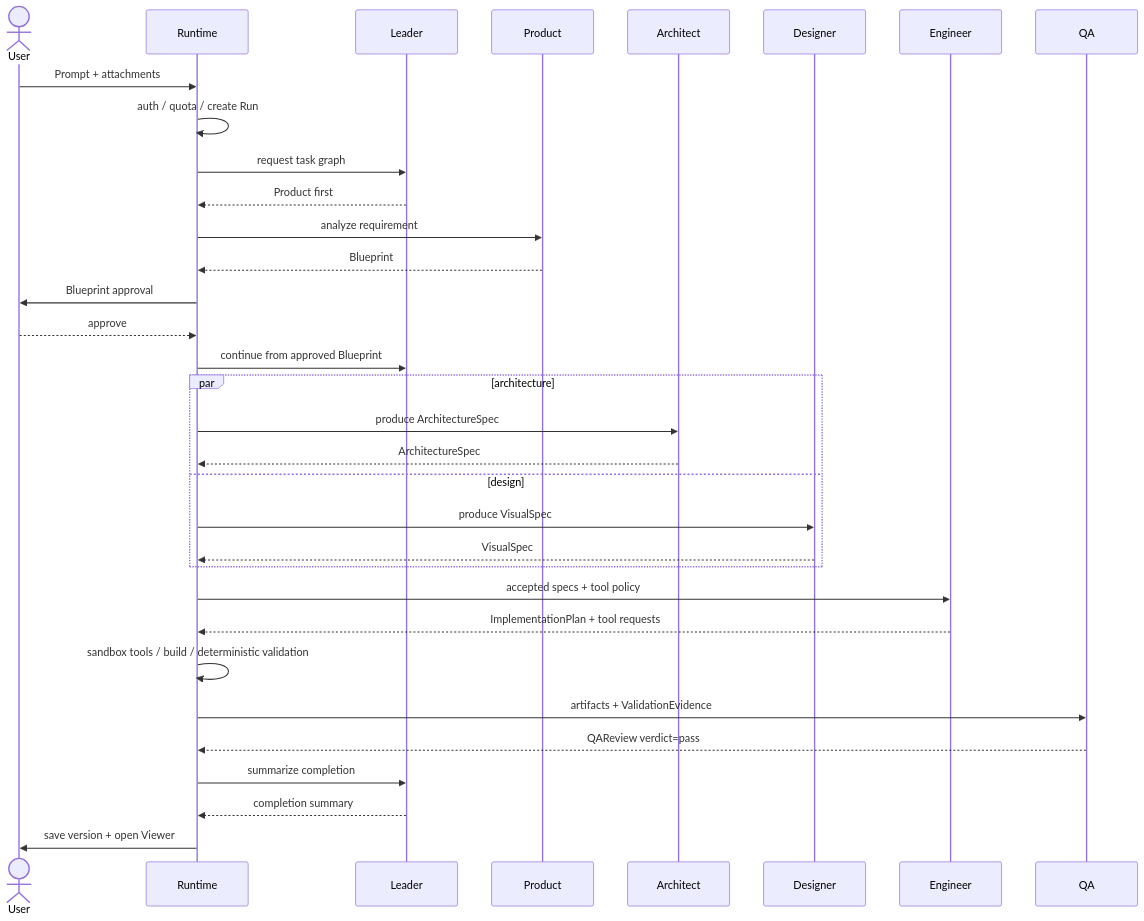
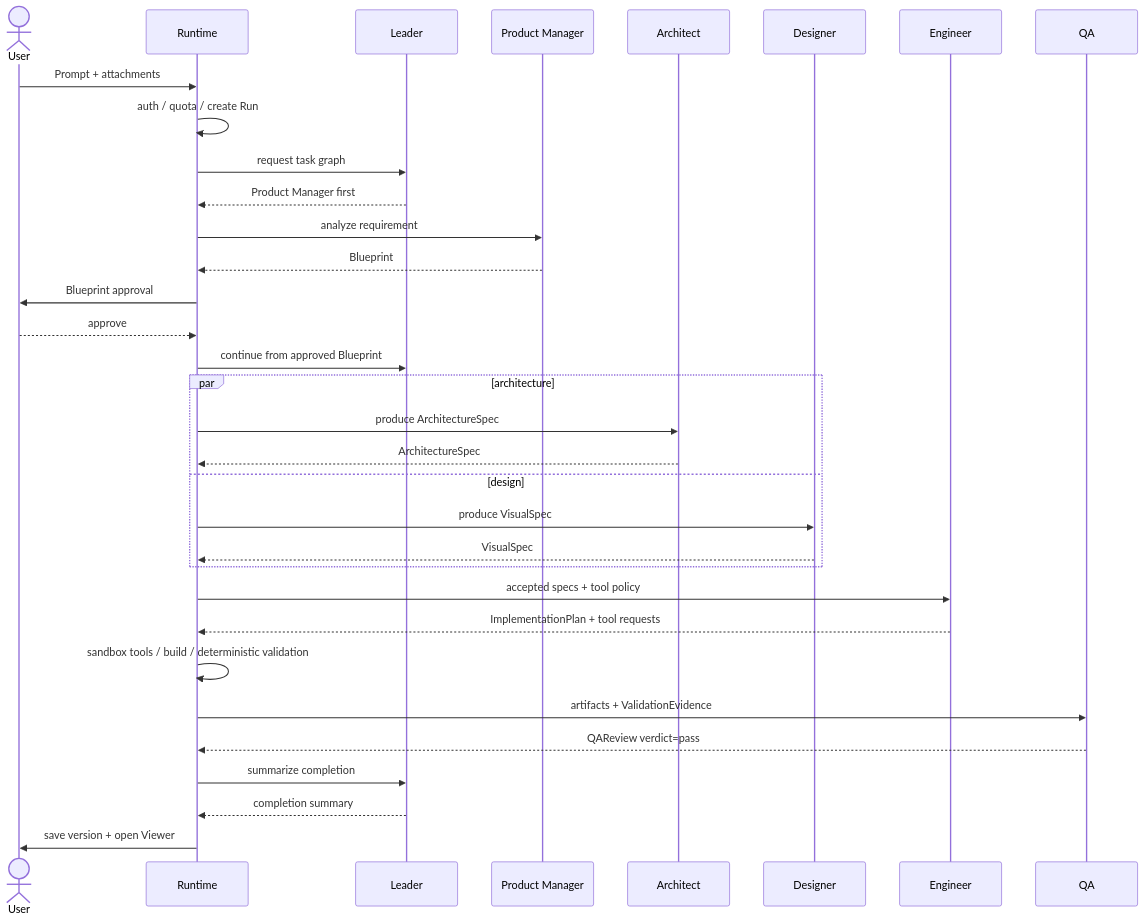
Before and after one commit to eastonsuo/another-atom: the diagram in docs/v2/role-orchestration-design.md, drawn with Mermaid. The commit also changed other lines of this file and 7 other files, not shown here.

````diff
--- a/docs/v2/role-orchestration-design.md
+++ b/docs/v2/role-orchestration-design.md
@@ -268,36 +268,36 @@
 ```mermaid
 sequenceDiagram
     actor User
     participant Runtime
     participant Leader
-    participant Product
+    participant PM as Product Manager
     participant Architect
     participant Designer
     participant Engineer
     participant QA
 
     User->>Runtime: Prompt + attachments
     Runtime->>Runtime: auth / quota / create Run
     Runtime->>Leader: request task graph
-    Leader-->>Runtime: Product first
-    Runtime->>Product: analyze requirement
-    Product-->>Runtime: Blueprint
+    Leader-->>Runtime: Product Manager first
+    Runtime->>PM: analyze requirement
+    PM-->>Runtime: Blueprint
     Runtime->>User: Blueprint approval
     User-->>Runtime: approve
     Runtime->>Leader: continue from approved Blueprint
     par architecture
         Runtime->>Architect: produce ArchitectureSpec
         Architect-->>Runtime: ArchitectureSpec
     and design
         Runtime->>Designer: produce VisualSpec
         Designer-->>Runtime: VisualSpec
     end
     Runtime->>Engineer: accepted specs + tool policy
     Engineer-->>Runtime: ImplementationPlan + tool requests
     Runtime->>Runtime: sandbox tools / build / deterministic validation
     Runtime->>QA: artifacts + ValidationEvidence
     QA-->>Runtime: QAReview verdict=pass
     Runtime->>Leader: summarize completion
     Leader-->>Runtime: completion summary
     Runtime->>User: save version + open Viewer
 ```
````
